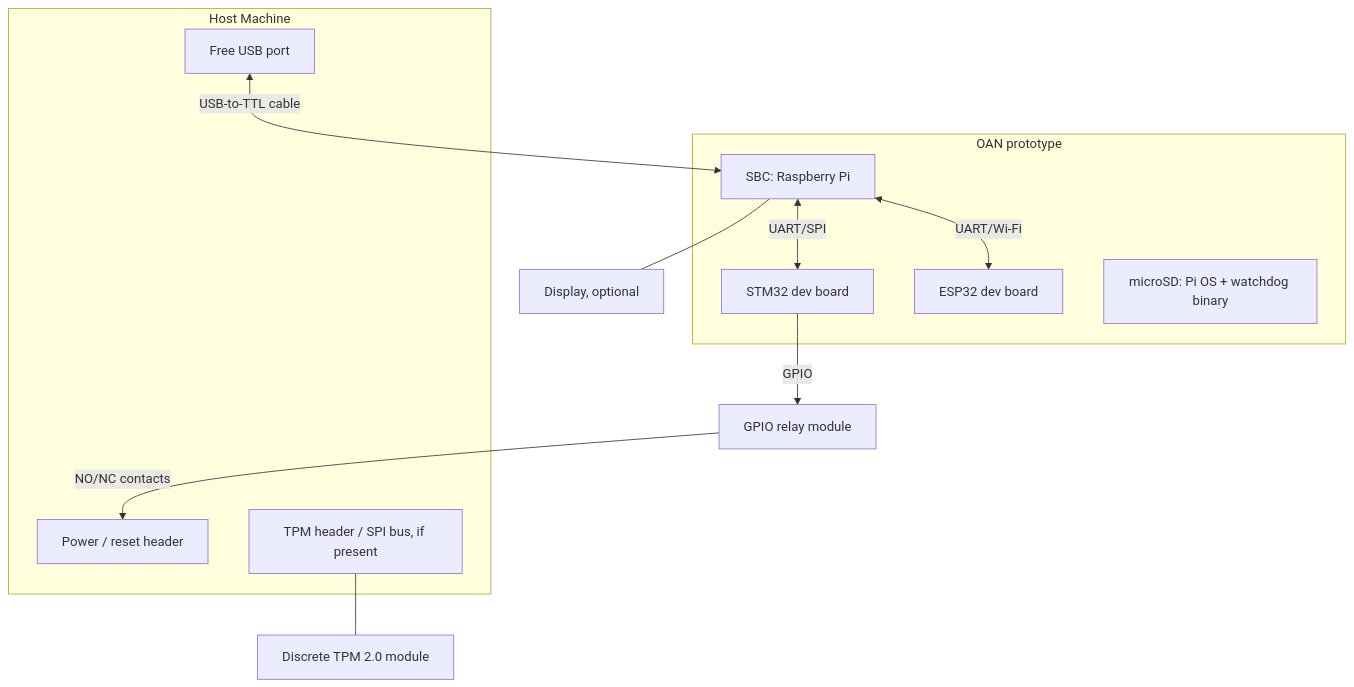
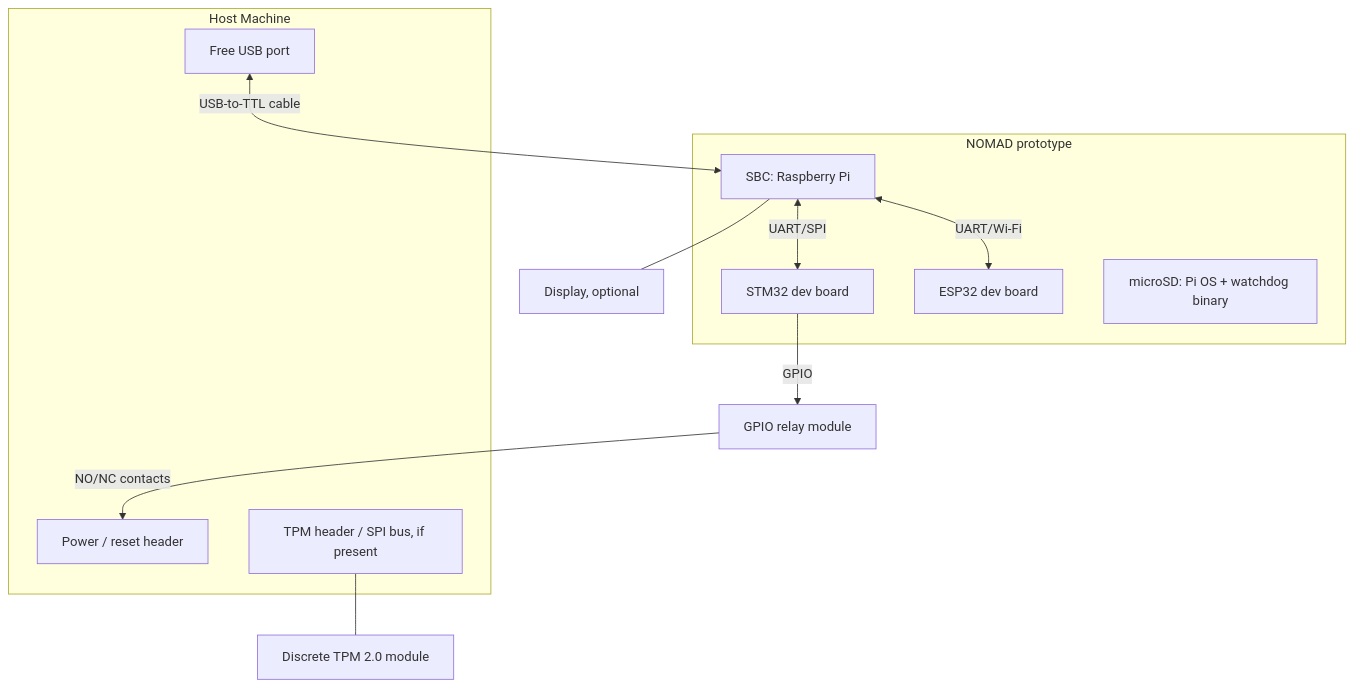
The eighth of 8 diagrams in docs/features/hardware-ext/nomad-hardware-appliance.md (pardhuvarmax/kernel-borderlands), drawn with Mermaid before and after one commit. The commit also changed other lines of this file and 6 other files, not shown here.

First line of the commit message:
rename: finish OAN -> NOMAD content updates missed by prior commit

````diff
--- a/docs/features/hardware-ext/nomad-hardware-appliance.md
+++ b/docs/features/hardware-ext/nomad-hardware-appliance.md
@@ -470,27 +470,27 @@
 ```mermaid
 graph TD
     subgraph Host["Host Machine"]
         USB["Free USB port"]
         PWRHDR["Power / reset header"]
         TPMHDR["TPM header / SPI bus, if present"]
     end
 
-    subgraph OANHW["OAN prototype"]
+    subgraph NOMADHW["NOMAD prototype"]
         SBCB["SBC: Raspberry Pi"]
         STM32B["STM32 dev board"]
         ESP32B["ESP32 dev board"]
         SD["microSD: Pi OS + watchdog binary"]
     end
 
     TPMMOD["Discrete TPM 2.0 module"]
     RELAY["GPIO relay module"]
     DISP["Display, optional"]
 
     USB <-->|"USB-to-TTL cable"| SBCB
     SBCB <-->|"UART/SPI"| STM32B
     SBCB <-->|"UART/Wi-Fi"| ESP32B
     STM32B -->|"GPIO"| RELAY
     RELAY -->|"NO/NC contacts"| PWRHDR
     TPMHDR --- TPMMOD
     SBCB --- DISP
 ```
````
